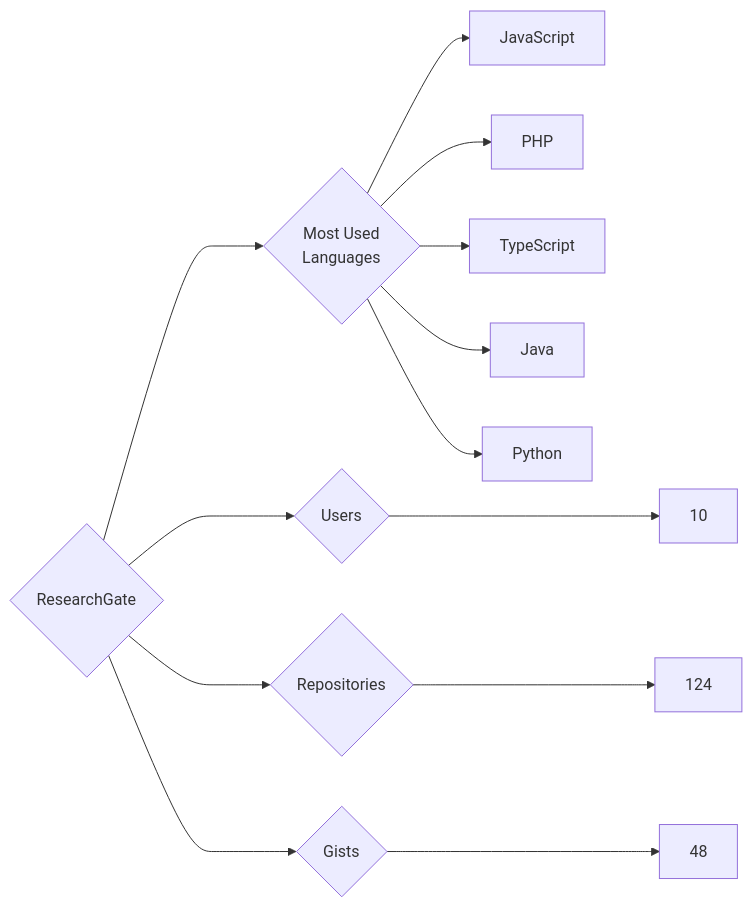
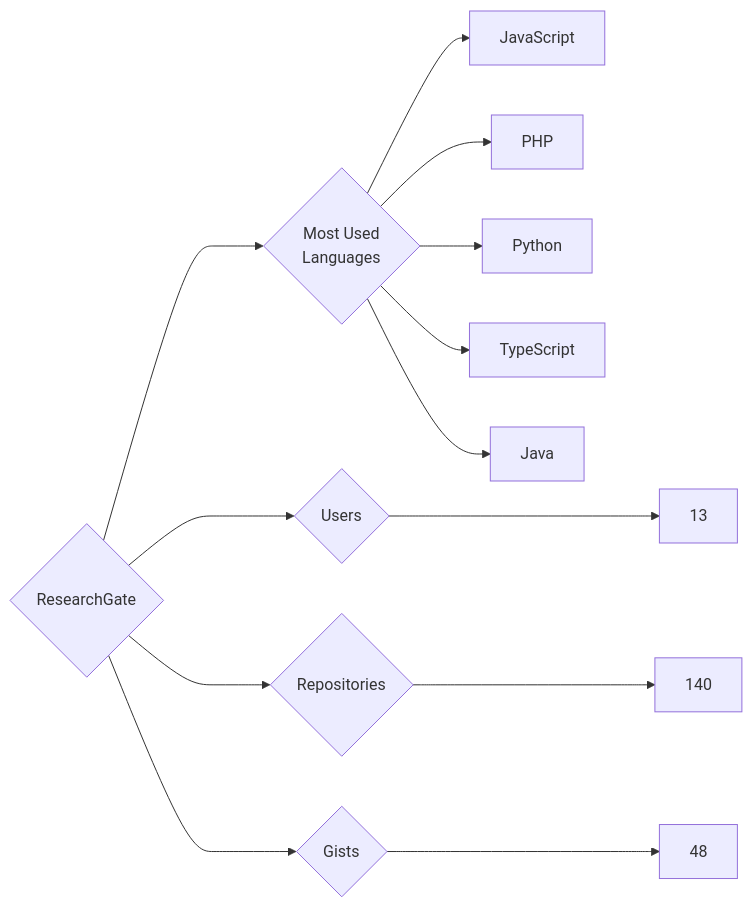
One commit to trickest/insiders changed the diagram in targets/ResearchGate/README.md. Above: the diagram before and after it, drawn with Mermaid. The commit also changed 860 other files, not shown here.

````diff
--- a/targets/ResearchGate/README.md
+++ b/targets/ResearchGate/README.md
@@ -3,13 +3,13 @@
 ```mermaid
 graph LR
 COMPANY_NAME{ResearchGate}
-COMPANY_NAME ---> U{Users} ---> UN[10]
-COMPANY_NAME ---> R{Repositories} ---> RN[124]
+COMPANY_NAME ---> U{Users} ---> UN[13]
+COMPANY_NAME ---> R{Repositories} ---> RN[140]
 COMPANY_NAME ---> G{Gists} ---> GN[48]
 COMPANY_NAME ---> ML{Most Used<br>Languages}
 ML --> JavaScript[JavaScript]
 ML --> PHP[PHP]
+ML --> Python[Python]
 ML --> TypeScript[TypeScript]
 ML --> Java[Java]
-ML --> Python[Python]
 ```
````
